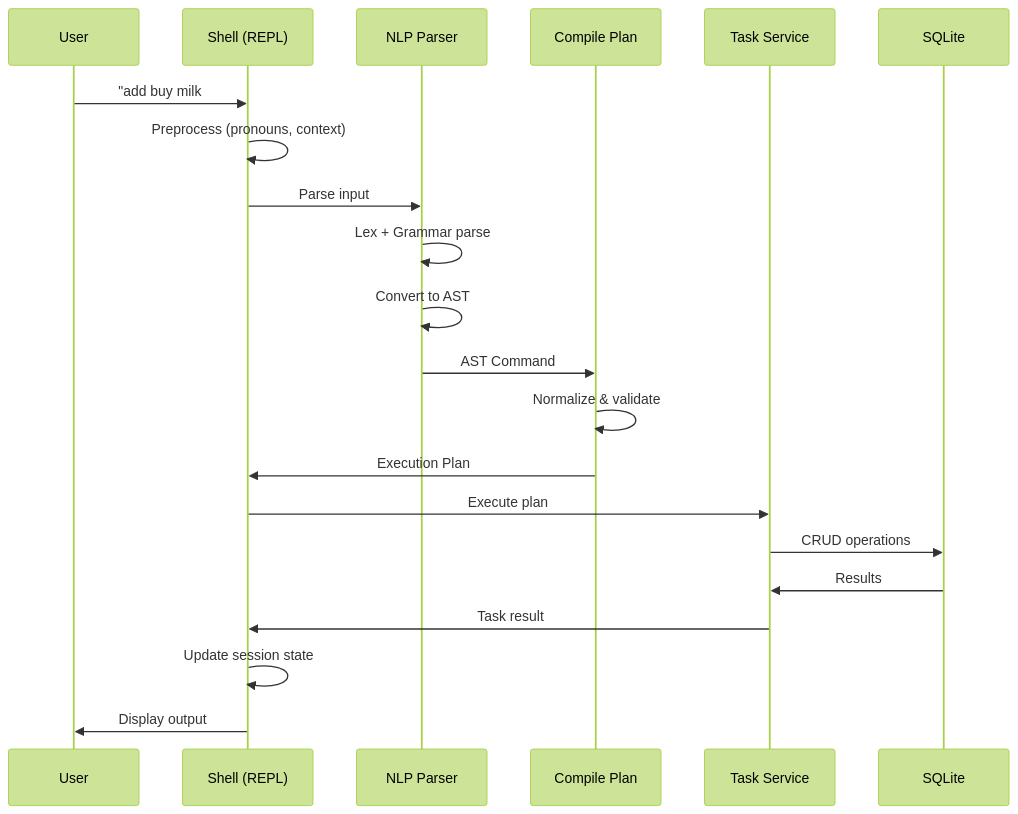
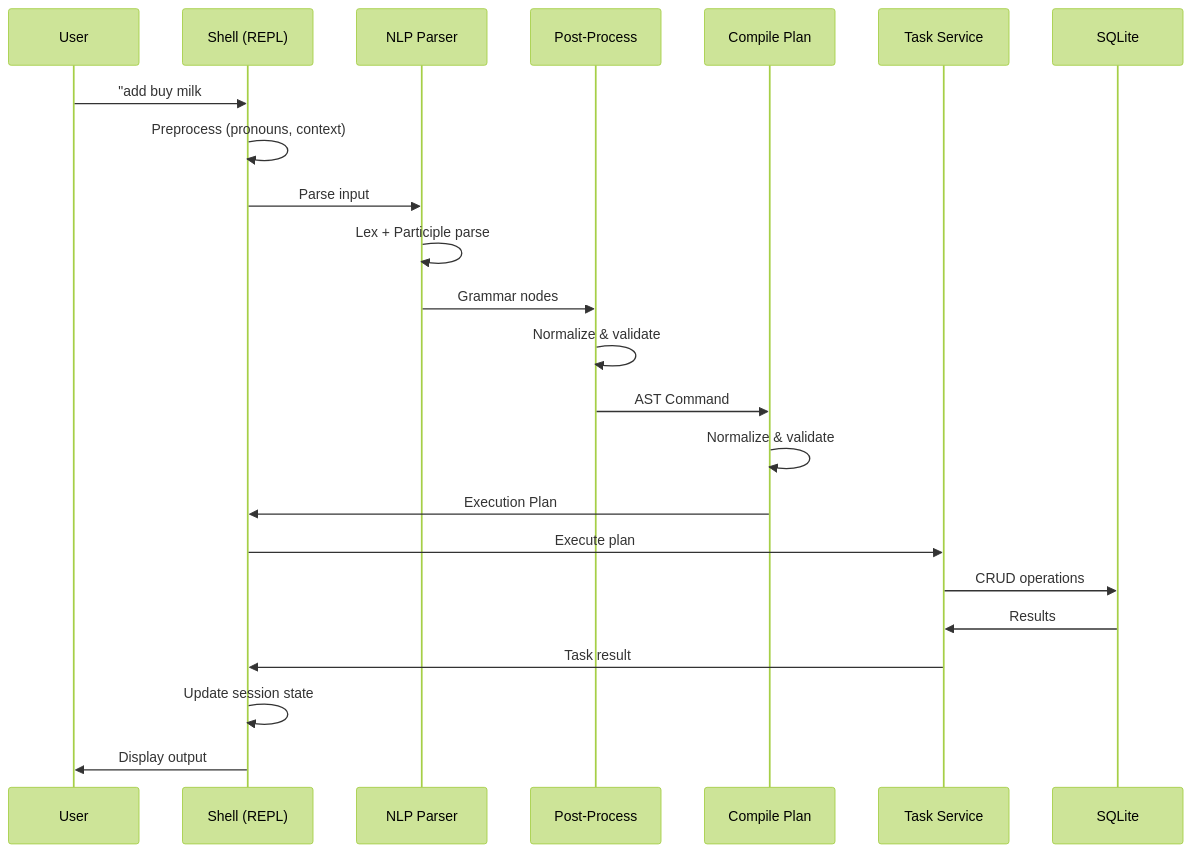
One commit to mholtzscher/ugh changed the sixth of 9 diagrams in docs/shell-and-dsl.md. Above: the diagram before and after it, drawn with Mermaid (forest theme). The commit also changed other lines of this file and 12 other files, not shown here.

First line of the commit message:
refactor(nlp): migrate from token-stream to structured participle grammar (#42)

````diff
--- a/docs/shell-and-dsl.md
+++ b/docs/shell-and-dsl.md
@@ -188,24 +210,26 @@
 ```mermaid
 sequenceDiagram
     participant User
     participant Shell as Shell (REPL)
     participant NLP as NLP Parser
+    participant Post as Post-Process
     participant Compile as Compile Plan
     participant Service as Task Service
     participant DB as SQLite
 
     User->>Shell: "add buy milk #groceries"
     Shell->>Shell: Preprocess (pronouns, context)
     Shell->>NLP: Parse input
-    NLP->>NLP: Lex + Grammar parse
-    NLP->>NLP: Convert to AST
-    NLP->>Compile: AST Command
+    NLP->>NLP: Lex + Participle parse
+    NLP->>Post: Grammar nodes
+    Post->>Post: Normalize & validate
+    Post->>Compile: AST Command
     Compile->>Compile: Normalize & validate
     Compile->>Shell: Execution Plan
     Shell->>Service: Execute plan
     Service->>DB: CRUD operations
     DB->>Service: Results
     Service->>Shell: Task result
     Shell->>Shell: Update session state
     Shell->>User: Display output
 ```
````
